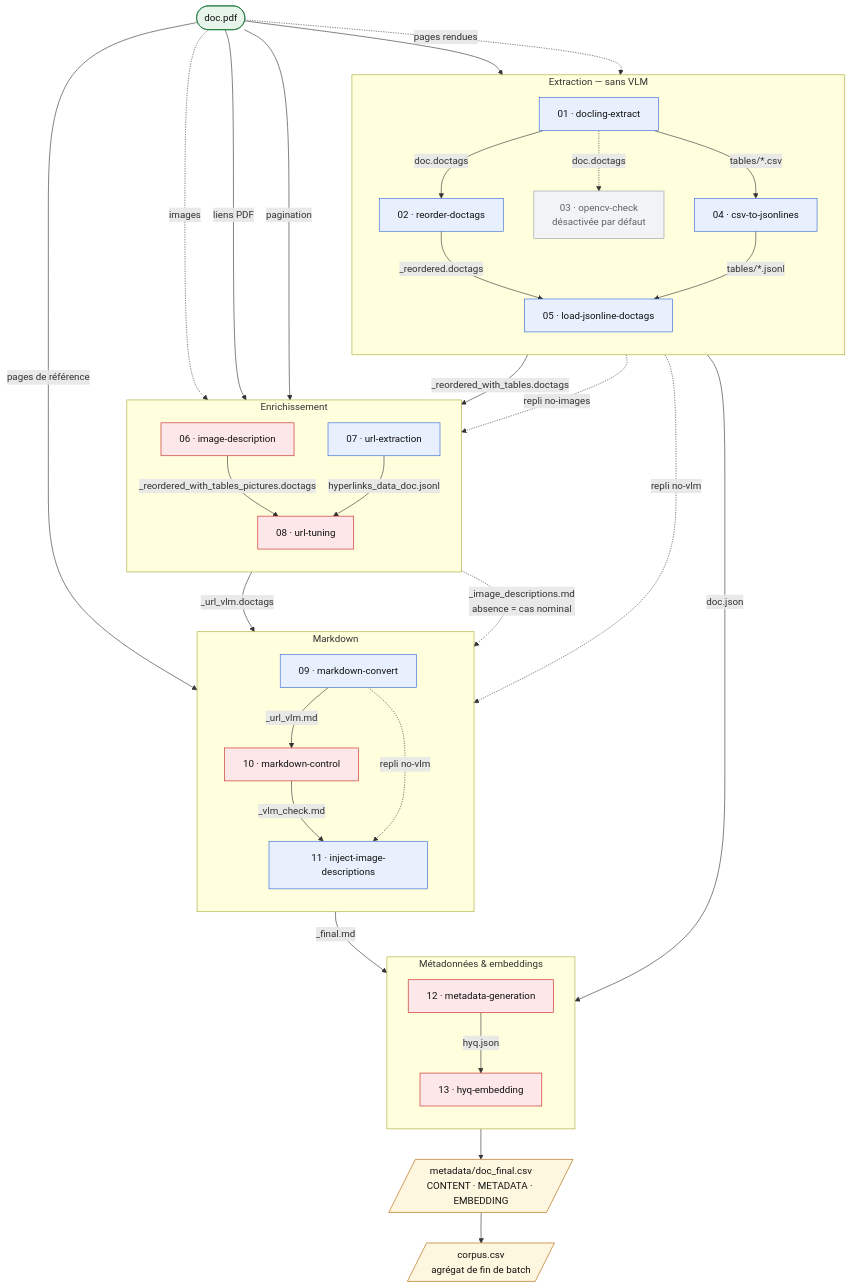
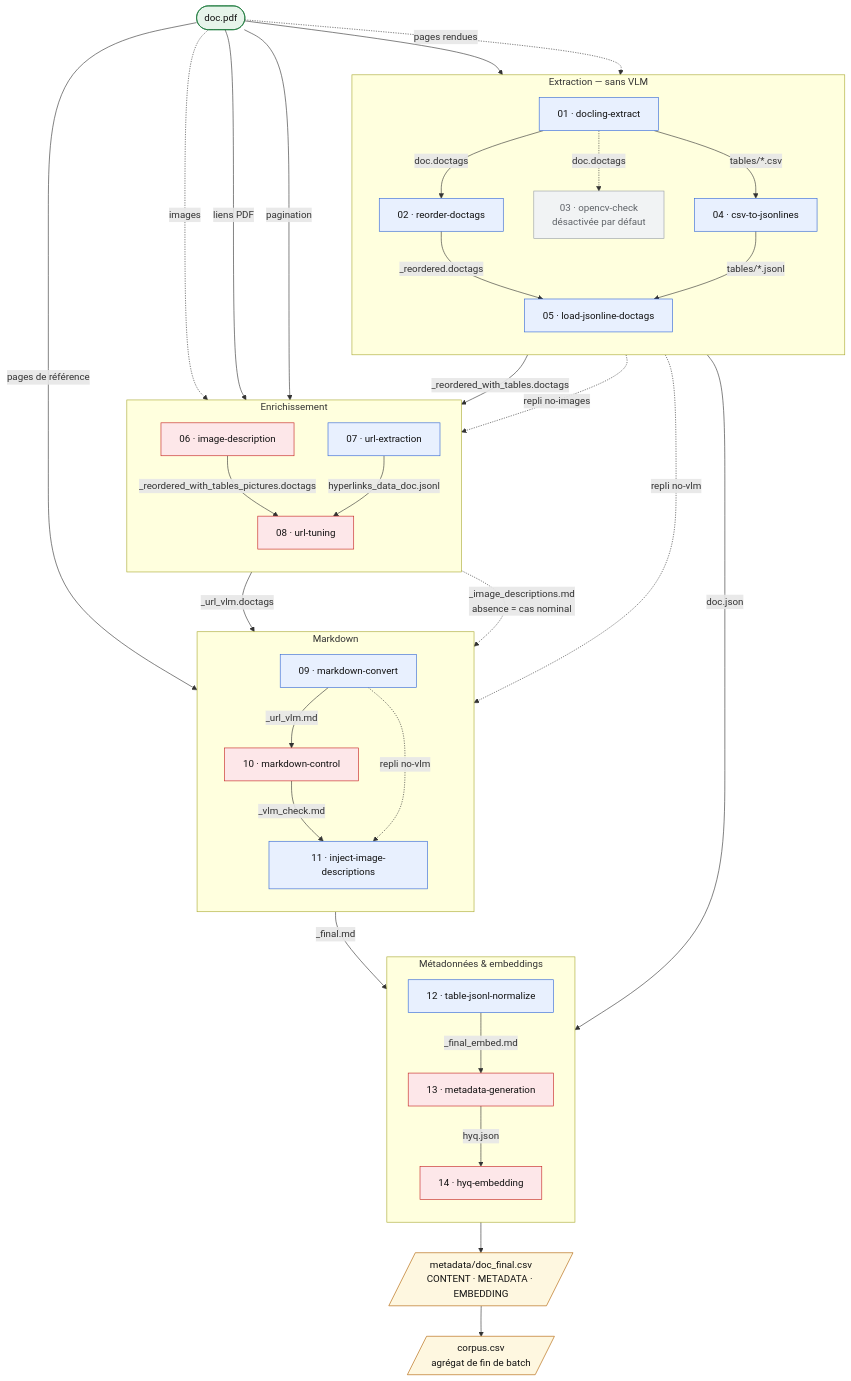
One commit to CdC-SI/preprocessing changed the diagram in docs/pipeline-steps.mmd. Above: the diagram before and after it, drawn with Mermaid. The commit also changed 25 other files, not shown here.

Commit message:
Removing VLM call + bug correction (JSONL table + URL injection)

```diff
--- a/docs/pipeline-steps.mmd
+++ b/docs/pipeline-steps.mmd
@@ -1,80 +1,82 @@
-%% Le chaînage réel des 13 étapes, fichier par fichier.
+%% Le chaînage réel des 14 étapes, fichier par fichier.
 %% Référencé par docs/architecture.md § « Le chaînage réel ».
 %% Source de vérité : `afac-preprocess steps --graph`, lui-même déduit des
 %% inputs()/outputs() de src/afac_preprocessing/steps/*.py.
 %% Nuance connue : 05 lit les .jsonl produits par 04, mais `steps --graph`
 %% attribue tables/ à docling-extract — 01 et 04 écrivent dans le même
 %% répertoire et la résolution producteur→consommateur se fait par chemin.
 %% Ce graphe rétablit la dépendance réelle.
 flowchart TD
     PDF(["doc.pdf"])
 
     subgraph P1["Extraction — sans VLM"]
         direction TB
         S01["01 · docling-extract"]
         S02["02 · reorder-doctags"]
         S03["03 · opencv-check<br/>désactivée par défaut"]
         S04["04 · csv-to-jsonlines"]
         S05["05 · load-jsonline-doctags"]
     end
 
     subgraph P2["Enrichissement"]
         direction TB
         S06["06 · image-description"]
         S07["07 · url-extraction"]
         S08["08 · url-tuning"]
     end
 
     subgraph P3["Markdown"]
         direction TB
         S09["09 · markdown-convert"]
         S10["10 · markdown-control"]
         S11["11 · inject-image-descriptions"]
     end
 
     subgraph P4["Métadonnées & embeddings"]
         direction TB
-        S12["12 · metadata-generation"]
-        S13["13 · hyq-embedding"]
+        S12["12 · table-jsonl-normalize"]
+        S13["13 · metadata-generation"]
+        S14["14 · hyq-embedding"]
     end
 
     OUT[/"metadata/doc_final.csv<br/>CONTENT · METADATA · EMBEDDING"/]
     AGG[/"corpus.csv<br/>agrégat de fin de batch"/]
 
     PDF --> S01
     PDF -.->|"pages rendues"| S03
     PDF -.->|"images"| S06
     PDF -->|"liens PDF"| S07
     PDF -->|"pagination"| S08
     PDF -->|"pages de référence"| S10
 
     S01 -->|"doc.doctags"| S02
     S01 -.->|"doc.doctags"| S03
     S01 -->|"tables/*.csv"| S04
-    S01 -->|"doc.json"| S12
+    S01 -->|"doc.json"| S13
     S02 -->|"_reordered.doctags"| S05
     S04 -->|"tables/*.jsonl"| S05
     S05 -->|"_reordered_with_tables.doctags"| S06
     S05 -.->|"repli no-images"| S08
     S06 -->|"_reordered_with_tables_pictures.doctags"| S08
     S07 -->|"hyperlinks_data_doc.jsonl"| S08
     S08 -->|"_url_vlm.doctags"| S09
     S05 -.->|"repli no-vlm"| S09
     S09 -->|"_url_vlm.md"| S10
     S10 -->|"_vlm_check.md"| S11
     S09 -.->|"repli no-vlm"| S11
     S06 -.->|"_image_descriptions.md<br/>absence = cas nominal"| S11
     S11 -->|"_final.md"| S12
-    S12 -->|"hyq.json"| S13
-    S12 --> OUT
+    S12 -->|"_final_embed.md"| S13
+    S13 -->|"hyq.json"| S14
+    S13 --> OUT
     OUT --> AGG
 
     classDef vlm fill:#fde7e9,stroke:#c5221f,color:#111
     classDef plain fill:#e8f0fe,stroke:#3367d6,color:#111
     classDef off fill:#f1f3f4,stroke:#9aa0a6,color:#5f6368
-    class S06,S08,S10,S12,S13 vlm
-    class S01,S02,S04,S05,S07,S09,S11 plain
+    class S06,S08,S10,S13,S14 vlm
+    class S01,S02,S04,S05,S07,S09,S11,S12 plain
     class S03 off
     style PDF fill:#e6f4ea,stroke:#137333,color:#111
     style OUT fill:#fef7e0,stroke:#b06000,color:#111
     style AGG fill:#fef7e0,stroke:#b06000,color:#111
```
